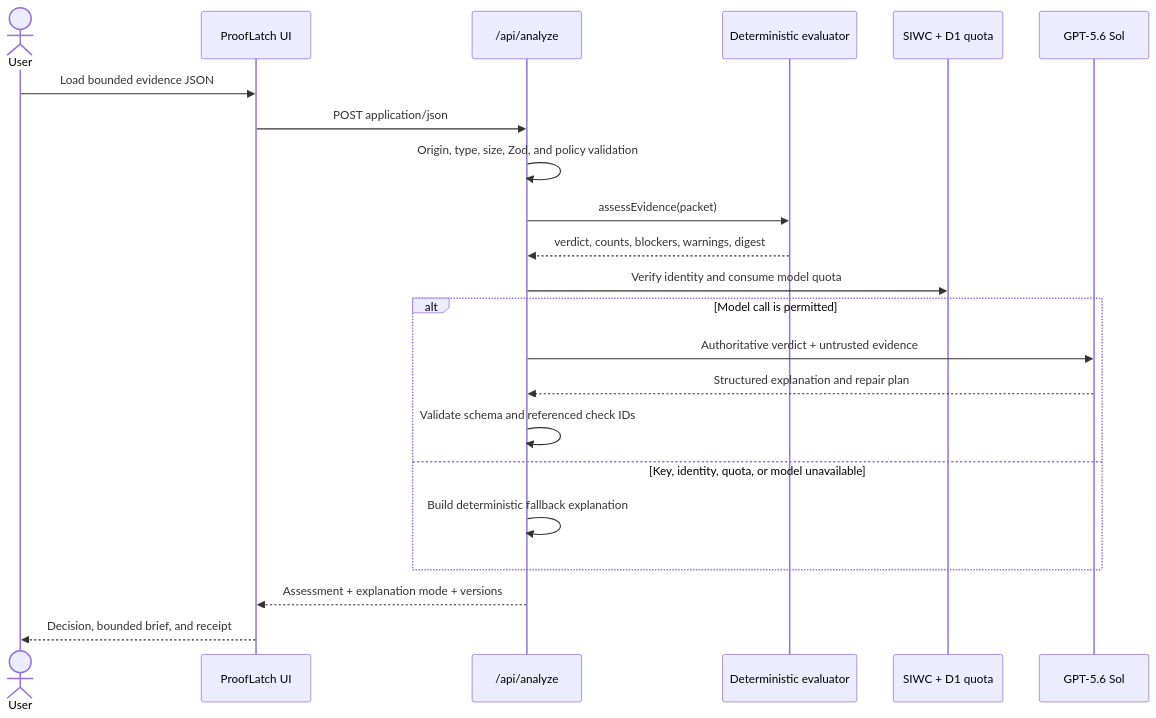
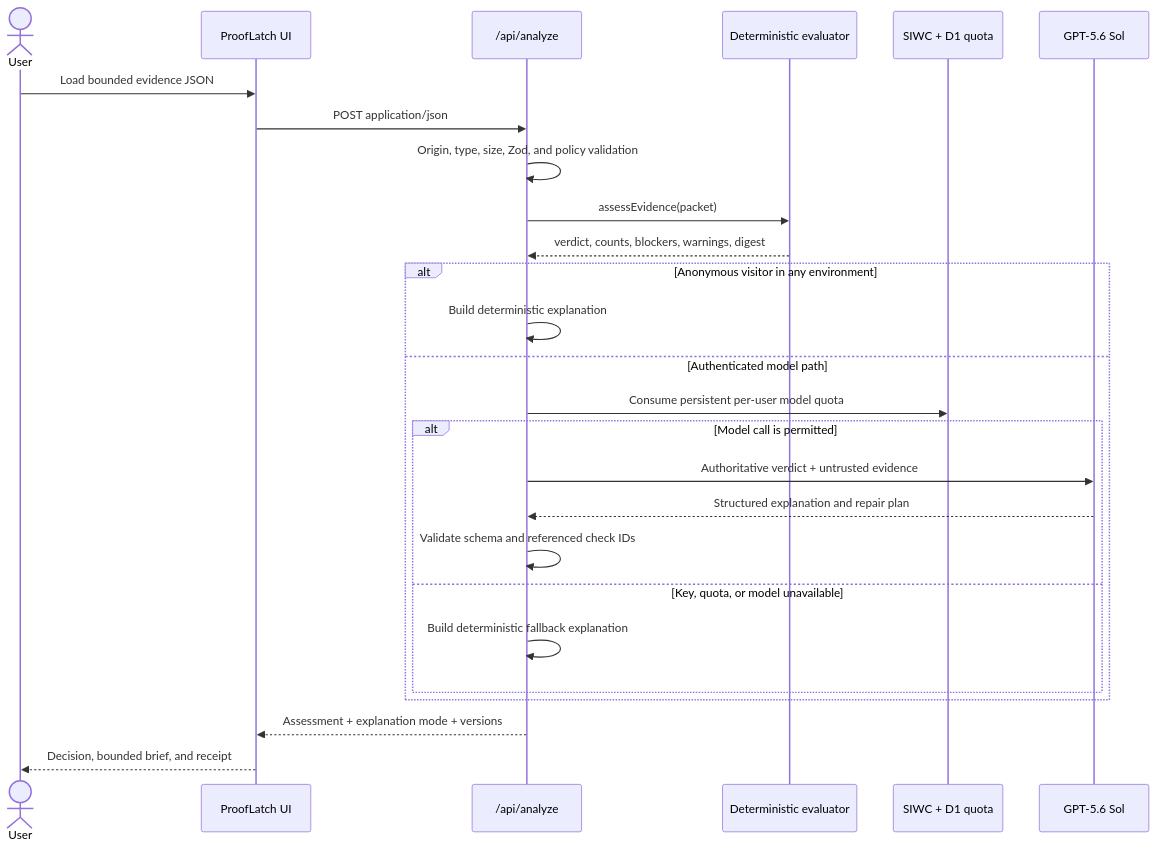
One commit to pakales/prooflatch changed the first of 2 diagrams in docs/ARCHITECTURE.md. Above: the diagram before and after it, drawn with Mermaid. The commit also changed other lines of this file and 15 other files, not shown here.

````diff
--- a/docs/ARCHITECTURE.md
+++ b/docs/ARCHITECTURE.md
@@ -20,25 +20,29 @@
 ```mermaid
 sequenceDiagram
     actor User
     participant UI as ProofLatch UI
     participant API as /api/analyze
     participant Gate as Deterministic evaluator
     participant Quota as SIWC + D1 quota
     participant GPT as GPT-5.6 Sol
 
     User->>UI: Load bounded evidence JSON
     UI->>API: POST application/json
     API->>API: Origin, type, size, Zod, and policy validation
     API->>Gate: assessEvidence(packet)
     Gate-->>API: verdict, counts, blockers, warnings, digest
-    API->>Quota: Verify identity and consume model quota
-    alt Model call is permitted
-        API->>GPT: Authoritative verdict + untrusted evidence
-        GPT-->>API: Structured explanation and repair plan
-        API->>API: Validate schema and referenced check IDs
-    else Key, identity, quota, or model unavailable
-        API->>API: Build deterministic fallback explanation
+    alt Anonymous visitor in any environment
+        API->>API: Build deterministic explanation
+    else Authenticated model path
+        API->>Quota: Consume persistent per-user model quota
+        alt Model call is permitted
+            API->>GPT: Authoritative verdict + untrusted evidence
+            GPT-->>API: Structured explanation and repair plan
+            API->>API: Validate schema and referenced check IDs
+        else Key, quota, or model unavailable
+            API->>API: Build deterministic fallback explanation
+        end
     end
     API-->>UI: Assessment + explanation mode + versions
     UI-->>User: Decision, bounded brief, and receipt
 ```
````
